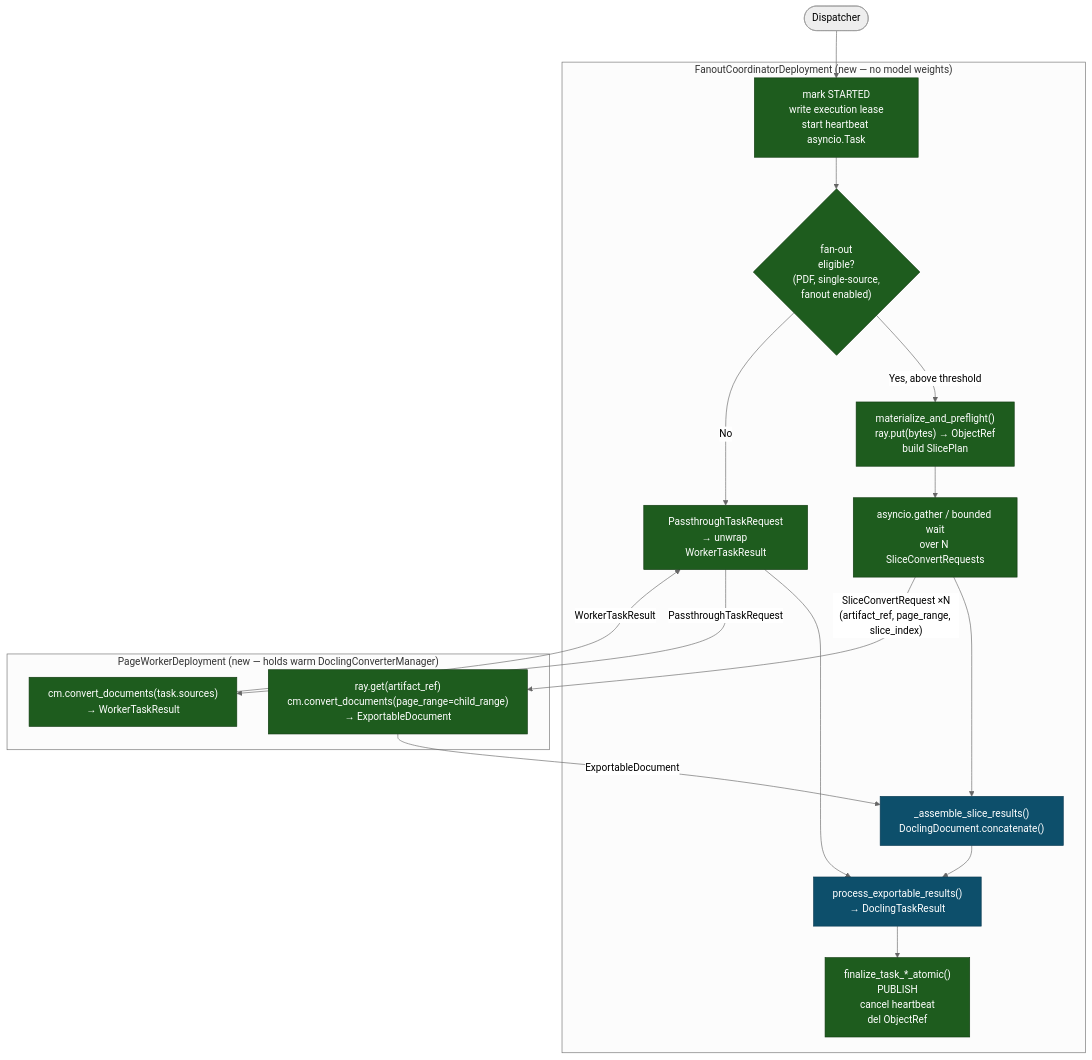
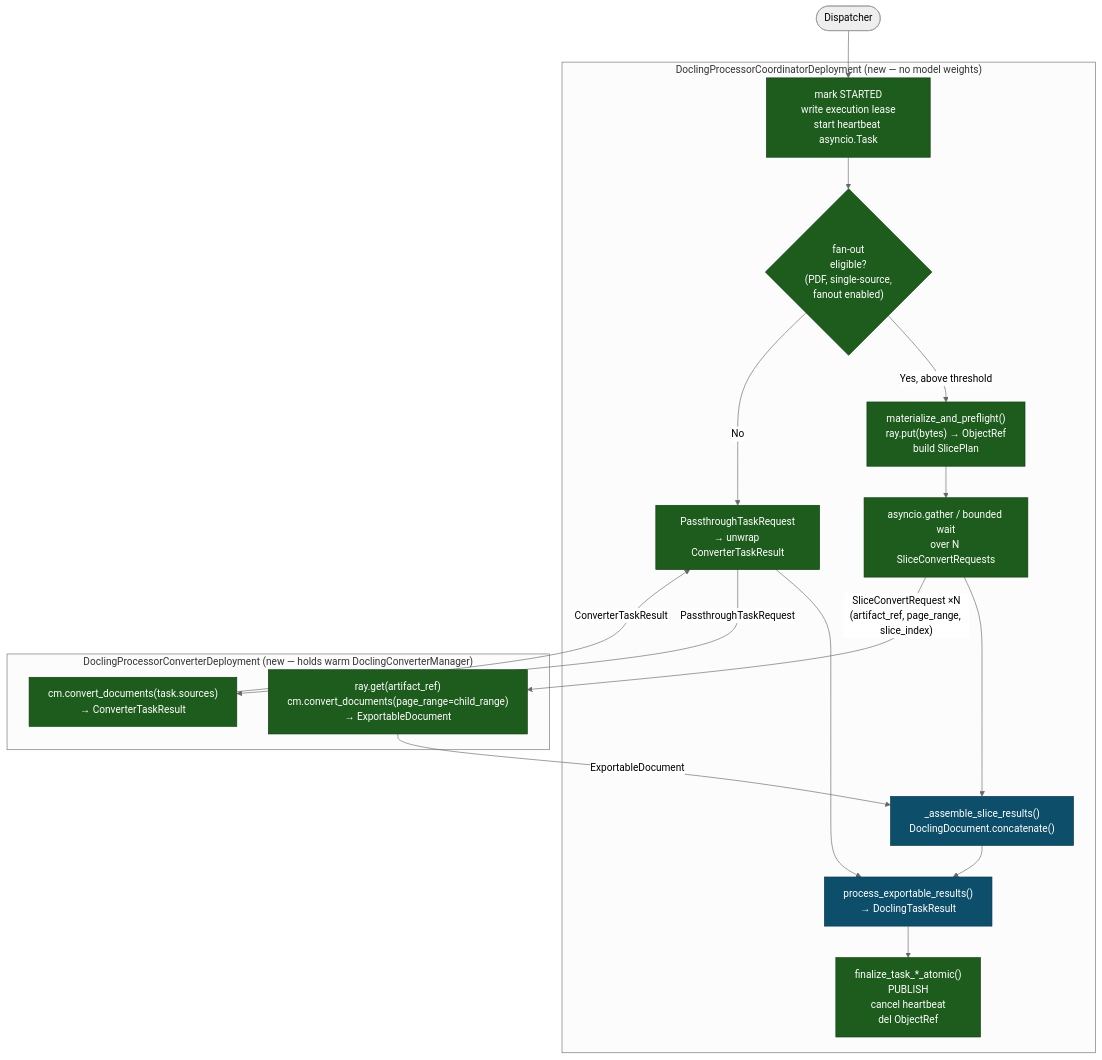
The fifth of 11 diagrams in docs/ray-orchestrator-architecture-page-slicing-delta.md (docling-project/docling-serve), drawn with Mermaid (neutral theme) before and after one commit. The commit also changed other lines of this file, not shown here.

Commit message:
unify naming of ray actor/deployment classes and config

````diff
--- a/docs/ray-orchestrator-architecture-page-slicing-delta.md
+++ b/docs/ray-orchestrator-architecture-page-slicing-delta.md
@@ -166,33 +166,33 @@
 ```mermaid
 flowchart TB
     classDef new     fill:#1e5c1e,color:#fff,stroke:#0f3a0f
     classDef assem   fill:#0d4f6b,color:#fff,stroke:#093a52
 
     DISP(["Dispatcher"])
 
-    subgraph COORD_BOX["FanoutCoordinatorDeployment  (new — no model weights)"]
+    subgraph COORD_BOX["DoclingProcessorCoordinatorDeployment  (new — no model weights)"]
         C1["mark STARTED\nwrite execution lease\nstart heartbeat asyncio.Task"]:::new
         CPATH{"fan-out\neligible?\n(PDF, single-source,\nfanout enabled)"}:::new
         C_MAT["materialize_and_preflight()\nray.put(bytes) → ObjectRef\nbuild SlicePlan"]:::new
         C_WAIT["asyncio.gather / bounded wait\nover N SliceConvertRequests"]:::new
         C_ASSEM["_assemble_slice_results()\nDoclingDocument.concatenate()"]:::assem
         C_EXPORT["process_exportable_results()\n→ DoclingTaskResult"]:::assem
-        C_PASS["PassthroughTaskRequest\n→ unwrap WorkerTaskResult"]:::new
+        C_PASS["PassthroughTaskRequest\n→ unwrap ConverterTaskResult"]:::new
         C_FIN["finalize_task_*_atomic()\nPUBLISH\ncancel heartbeat\ndel ObjectRef"]:::new
 
         C1 --> CPATH
         CPATH -- "Yes, above threshold" --> C_MAT --> C_WAIT --> C_ASSEM --> C_EXPORT --> C_FIN
         CPATH -- "No" --> C_PASS --> C_EXPORT
     end
 
-    subgraph WORK_BOX["PageWorkerDeployment  (new — holds warm DoclingConverterManager)"]
+    subgraph WORK_BOX["DoclingProcessorConverterDeployment  (new — holds warm DoclingConverterManager)"]
         W_SLICE["ray.get(artifact_ref)\ncm.convert_documents(page_range=child_range)\n→ ExportableDocument"]:::new
-        W_PASS["cm.convert_documents(task.sources)\n→ WorkerTaskResult"]:::new
+        W_PASS["cm.convert_documents(task.sources)\n→ ConverterTaskResult"]:::new
     end
 
     DISP --> C1
     C_WAIT -- "SliceConvertRequest ×N\n(artifact_ref, page_range, slice_index)" --> W_SLICE
     W_SLICE -- "ExportableDocument" --> C_ASSEM
     C_PASS -- "PassthroughTaskRequest" --> W_PASS
-    W_PASS -- "WorkerTaskResult" --> C_PASS
+    W_PASS -- "ConverterTaskResult" --> C_PASS
 ```
````
